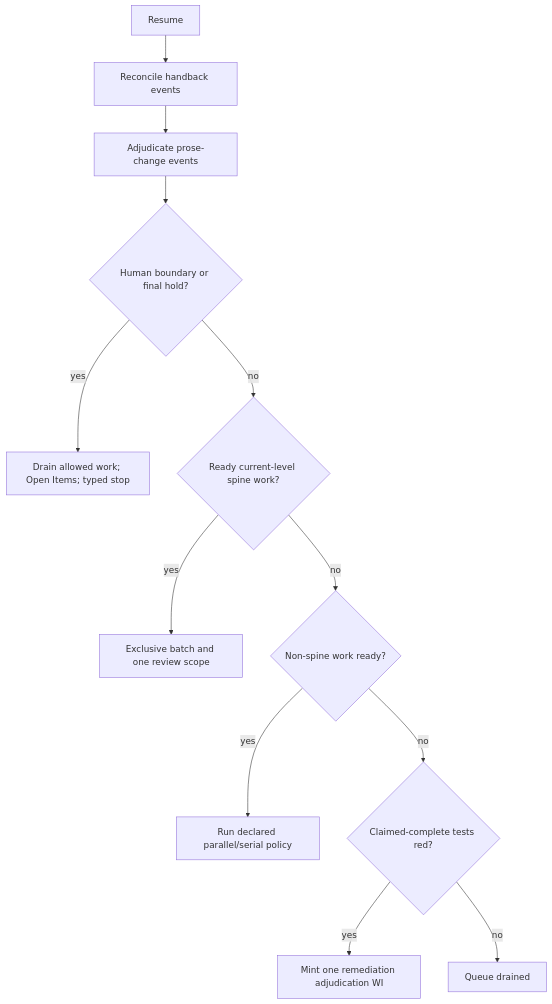
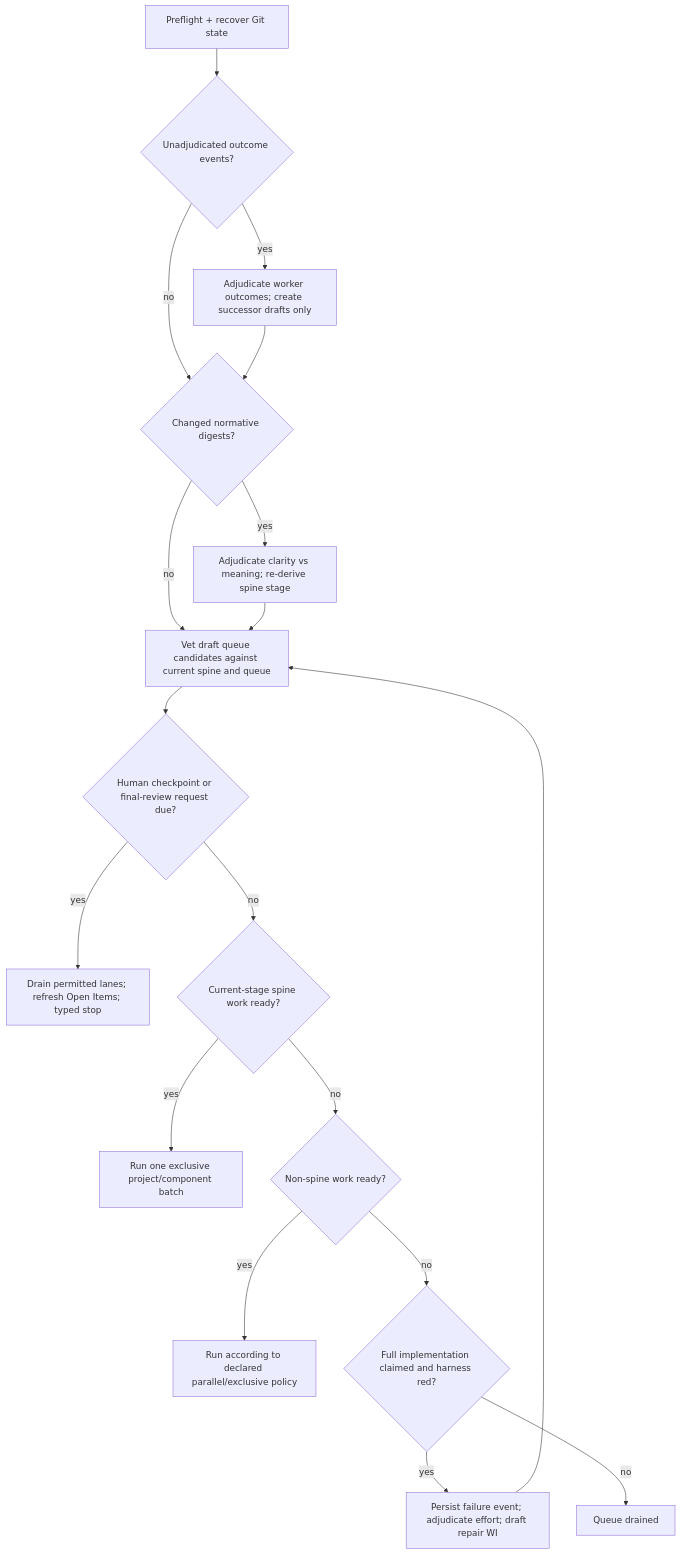
Before and after one commit to diytechy/ai-template: the first of 2 diagrams in docs/stakeholder-needs-build-plan-2026-08-08.md, drawn with Mermaid. The commit also changed other lines of this file and 1 other file, not shown here.

````diff
--- a/docs/stakeholder-needs-build-plan-2026-08-08.md
+++ b/docs/stakeholder-needs-build-plan-2026-08-08.md
@@ -172,14 +269,20 @@
 ```mermaid
 flowchart TD
-  A[Resume] --> B[Reconcile handback events]
-  B --> C[Adjudicate prose-change events]
-  C --> D{Human boundary or final hold?}
-  D -- yes --> E[Drain allowed work; Open Items; typed stop]
-  D -- no --> F{Ready current-level spine work?}
-  F -- yes --> G[Exclusive batch and one review scope]
-  F -- no --> H{Non-spine work ready?}
-  H -- yes --> I[Run declared parallel/serial policy]
-  H -- no --> J{Claimed-complete tests red?}
-  J -- yes --> K[Mint one remediation adjudication WI]
-  J -- no --> L[Queue drained]
+  A["Preflight + recover Git state"] --> B{"Unadjudicated outcome events?"}
+  B -- yes --> C["Adjudicate worker outcomes; create successor drafts only"]
+  B -- no --> D{"Changed normative digests?"}
+  C --> D
+  D -- yes --> E["Adjudicate clarity vs meaning; re-derive spine stage"]
+  D -- no --> F["Vet draft queue candidates against current spine and queue"]
+  E --> F
+  F --> G{"Human checkpoint or final-review request due?"}
+  G -- yes --> H["Drain permitted lanes; refresh Open Items; typed stop"]
+  G -- no --> I{"Current-stage spine work ready?"}
+  I -- yes --> J["Run one exclusive project/component batch"]
+  I -- no --> K{"Non-spine work ready?"}
+  K -- yes --> L["Run according to declared parallel/exclusive policy"]
+  K -- no --> M{"Full implementation claimed and harness red?"}
+  M -- yes --> N["Persist failure event; adjudicate effort; draft repair WI"]
+  M -- no --> O["Queue drained"]
+  N --> F
 ```
````
